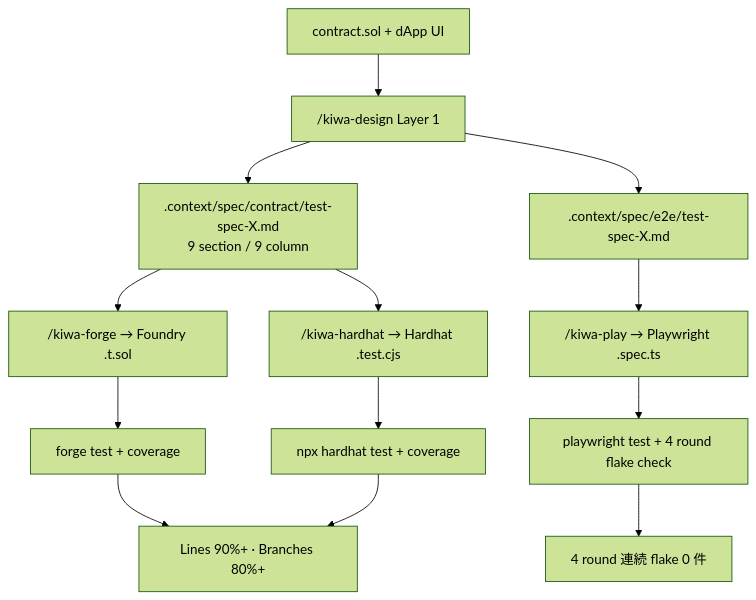
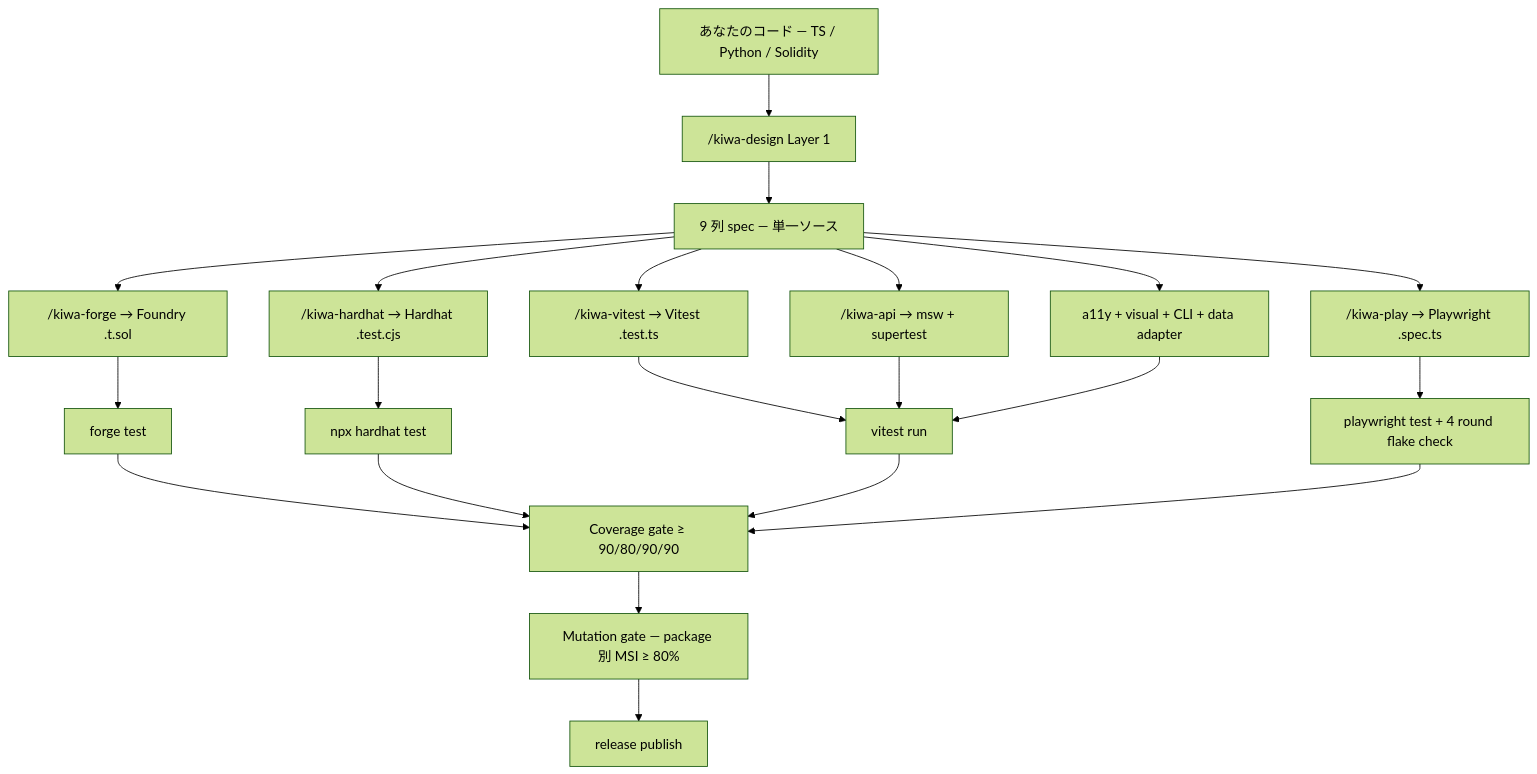
One commit to cardene777/kiwa changed the diagram in README.ja.md. Above: the diagram before and after it, drawn with Mermaid (forest theme). The commit also changed other lines of this file and 1 other file, not shown here.

First paragraph of the commit message:
✨ docs: README tagline + Why kiwa を polyglot positioning に同期 (Closes #455)
PR #454 で動画を polyglot positioning に shift 済の流れで、 README (en/ja)
の主要 messaging を動画と完全一致させる。

````diff
--- a/README.ja.md
+++ b/README.ja.md
@@ -49,15 +49,23 @@
 ```mermaid
 graph TD
-    A[contract.sol + dApp UI] --> B["/kiwa-design Layer 1"]
-    B --> C[.context/spec/contract/test-spec-X.md<br/>9 section / 9 column]
-    B --> D[.context/spec/e2e/test-spec-X.md]
-    C --> E["/kiwa-forge → Foundry .t.sol"]
-    C --> F["/kiwa-hardhat → Hardhat .test.cjs"]
-    D --> G["/kiwa-play → Playwright .spec.ts"]
-    E --> H[forge test + coverage]
-    F --> I[npx hardhat test + coverage]
-    G --> J[playwright test + 4 round flake check]
-    H --> K[Lines 90%+ · Branches 80%+]
-    I --> K
-    J --> L[4 round 連続 flake 0 件]
+    A[あなたのコード — TS / Python / Solidity] --> B["/kiwa-design Layer 1"]
+    B --> C[9 列 spec — 単一ソース]
+    C --> D["/kiwa-forge → Foundry .t.sol"]
+    C --> E["/kiwa-hardhat → Hardhat .test.cjs"]
+    C --> F["/kiwa-vitest → Vitest .test.ts"]
+    C --> G["/kiwa-api → msw + supertest"]
+    C --> H["/kiwa-play → Playwright .spec.ts"]
+    C --> I["a11y + visual + CLI + data adapter"]
+    D --> J[forge test]
+    E --> K[npx hardhat test]
+    F --> L[vitest run]
+    G --> L
+    H --> M[playwright test + 4 round flake check]
+    I --> L
+    J --> N[Coverage gate ≥ 90/80/90/90]
+    K --> N
+    L --> N
+    M --> N
+    N --> O[Mutation gate — package 別 MSI ≥ 80%]
+    O --> P[release publish]
 ```
````
